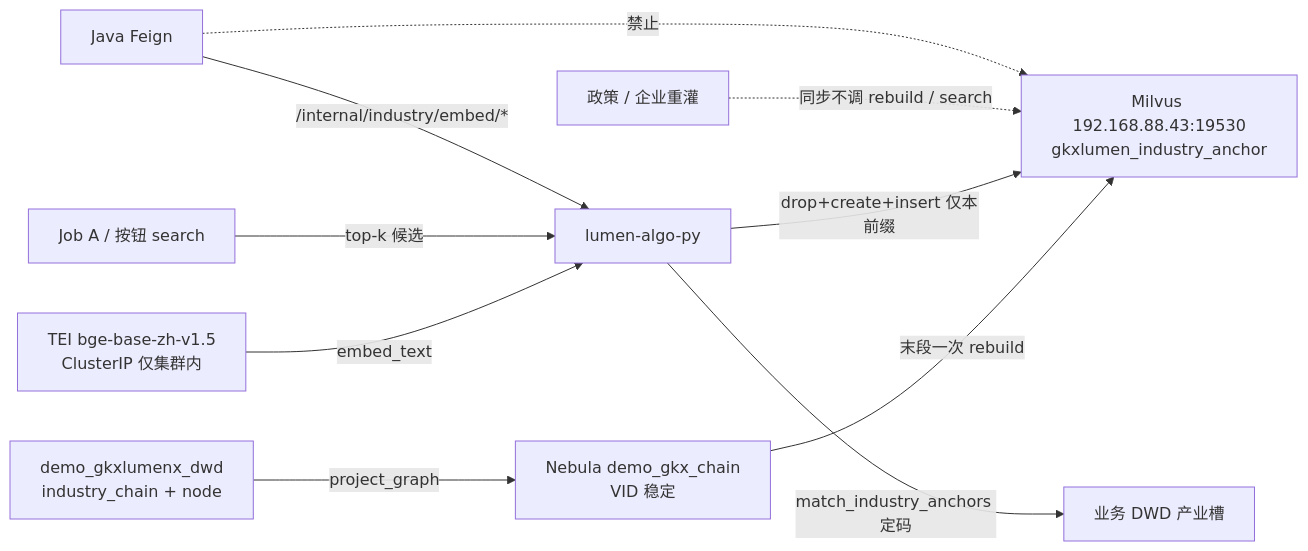
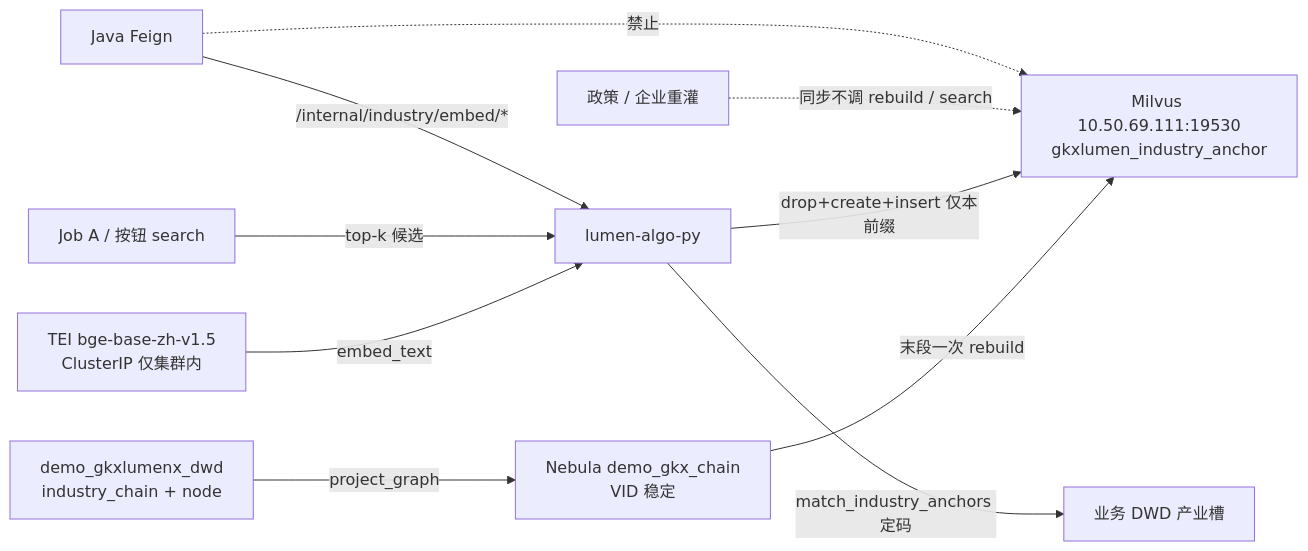
The sixth of 8 diagrams in agent-delivery/data/data-design/storage/CHAIN/01-data-flow.md (Marisolebxf/-), drawn with Mermaid before and after one commit. The commit also changed other lines of this file and 232 other files, not shown here.

````diff
--- a/agent-delivery/data/data-design/storage/CHAIN/01-data-flow.md
+++ b/agent-delivery/data/data-design/storage/CHAIN/01-data-flow.md
@@ -275,12 +275,12 @@
 ```mermaid
 flowchart LR
   DWD["demo_gkxlumenx_dwd<br/>industry_chain + node"] -->|"project_graph"| G["Nebula demo_gkx_chain<br/>VID 稳定"]
-  G -->|"末段一次 rebuild"| VEC["Milvus 192.168.88.43:19530<br/>gkxlumen_industry_anchor"]
+  G -->|"末段一次 rebuild"| VEC["Milvus 10.50.69.111:19530<br/>gkxlumen_industry_anchor"]
   TEI["TEI bge-base-zh-v1.5<br/>ClusterIP 仅集群内"] -->|"embed_text"| PY["lumen-algo-py"]
   PY -->|"drop+create+insert 仅本前缀"| VEC
   POL["政策 / 企业重灌"] -.->|"同步不调 rebuild / search"| VEC
   JOB["Job A / 按钮 search"] -->|"top-k 候选"| PY
   PY -->|"match_industry_anchors 定码"| SLOT["业务 DWD 产业槽"]
   JAVA["Java Feign"] -->|"/internal/industry/embed/*"| PY
   JAVA -.->|"禁止"| VEC
 ```
````
